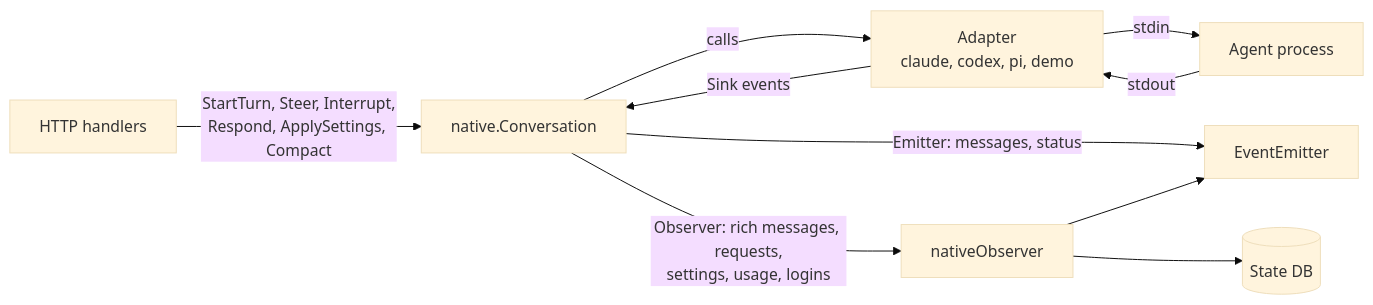
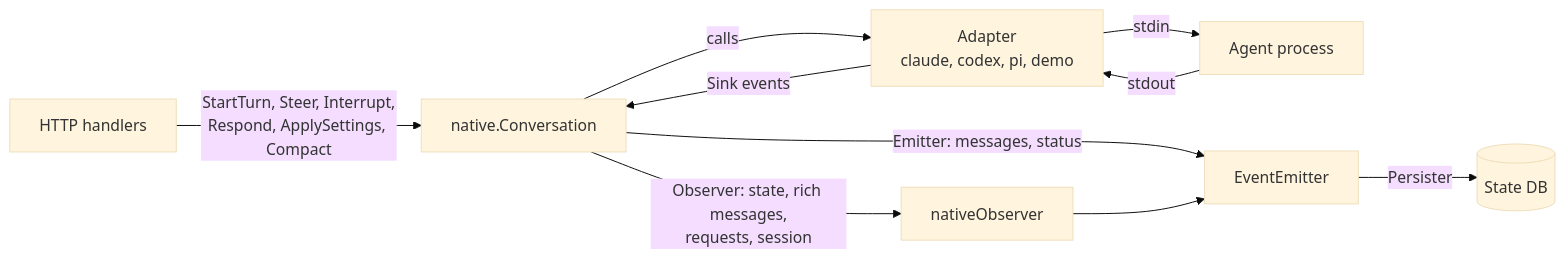
The second of 2 diagrams in docs/architecture.md (k1dav-c/agentapi), drawn with Mermaid (base theme) before and after one commit. The commit also changed other lines of this file and 4 other files, not shown here.

````diff
--- a/docs/architecture.md
+++ b/docs/architecture.md
@@ -275,12 +275,12 @@
 ```mermaid
 flowchart LR
   http["HTTP handlers"] -- "StartTurn, Steer, Interrupt,<br/>Respond, ApplySettings, Compact" --> conv["native.Conversation"]
   conv -- "calls" --> adapter["Adapter<br/>claude, codex, pi, demo"]
   adapter -- "stdin" --> proc["Agent process"]
   proc -- "stdout" --> adapter
   adapter -- "Sink events" --> conv
   conv -- "Emitter: messages, status" --> emitter["EventEmitter"]
-  conv -- "Observer: rich messages, requests,<br/>settings, usage, logins" --> observer["nativeObserver"]
+  conv -- "Observer: state, rich messages,<br/>requests, session" --> observer["nativeObserver"]
   observer --> emitter
-  observer --> db[("State DB")]
+  emitter -- "Persister" --> db[("State DB")]
 ```
````
